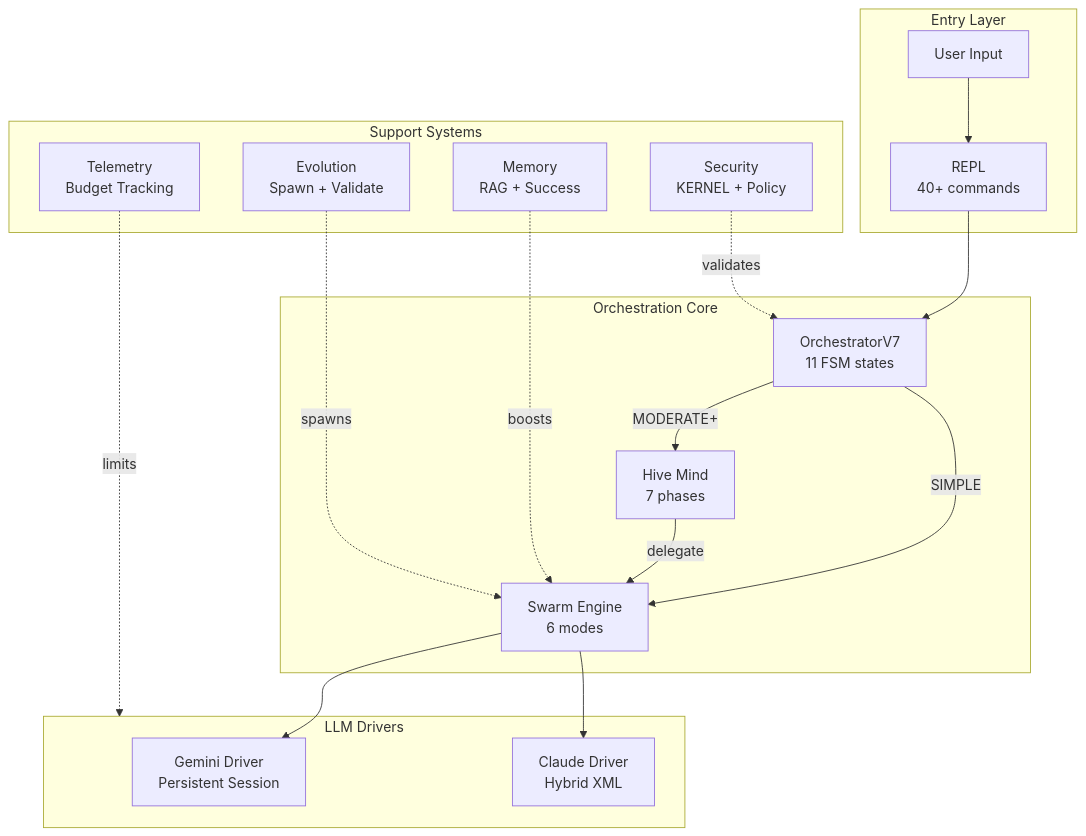
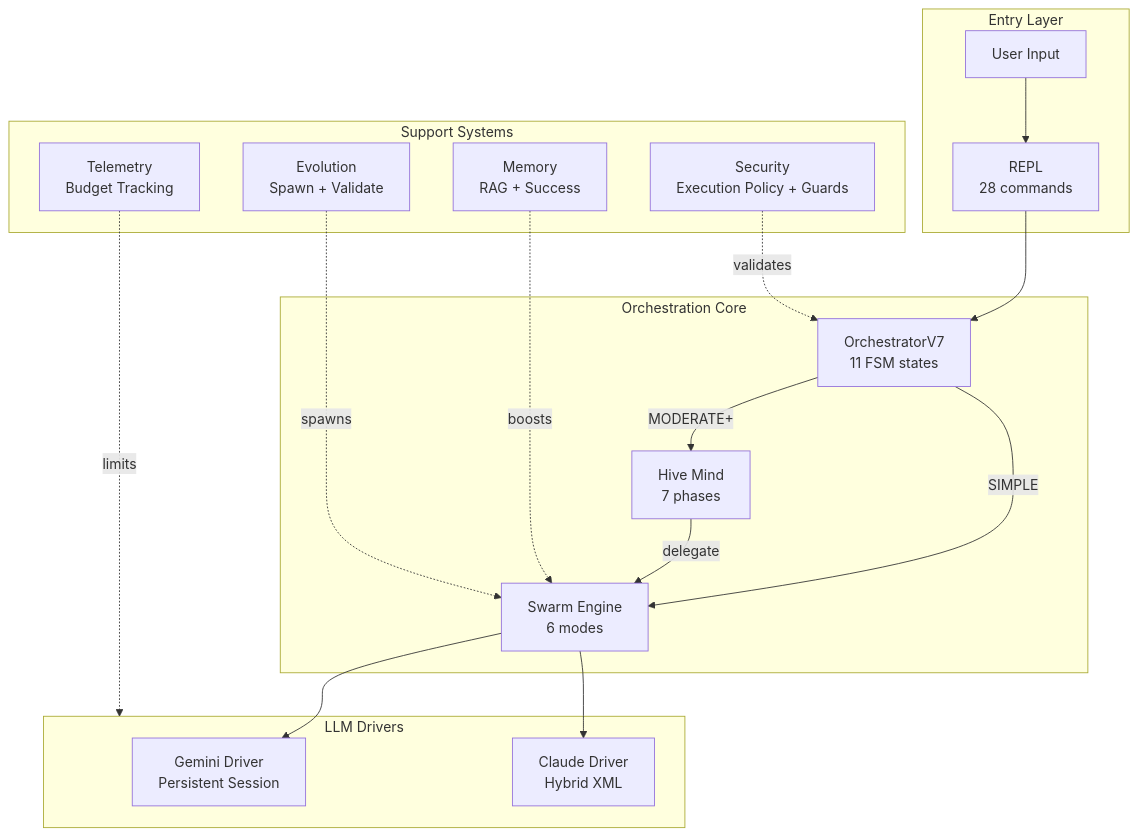
One commit to yannabadie/NEXUS changed the first of 13 diagrams in docs/ARCHITECTURE_MAP_GENERATED.md. Above: the diagram before and after it, drawn with Mermaid. The commit also changed other lines of this file and 21 other files, not shown here.

````diff
--- a/docs/ARCHITECTURE_MAP_GENERATED.md
+++ b/docs/ARCHITECTURE_MAP_GENERATED.md
@@ -36,37 +36,37 @@
 ```mermaid
 graph TD
     subgraph Entry["Entry Layer"]
         USER[User Input]
-        REPL[REPL<br/>40+ commands]
+        REPL[REPL<br/>28 commands]
     end
 
     subgraph Core["Orchestration Core"]
         ORCH[OrchestratorV7<br/>11 FSM states]
         SWARM[Swarm Engine<br/>6 modes]
         HIVE[Hive Mind<br/>7 phases]
     end
 
     subgraph LLM["LLM Drivers"]
         GEMINI[Gemini Driver<br/>Persistent Session]
         CLAUDE[Claude Driver<br/>Hybrid XML]
     end
 
     subgraph Support["Support Systems"]
         MEM[Memory<br/>RAG + Success]
-        SEC[Security<br/>KERNEL + Policy]
+        SEC[Security<br/>Execution Policy + Guards]
         EVOL[Evolution<br/>Spawn + Validate]
         TEL[Telemetry<br/>Budget Tracking]
     end
 
     USER --> REPL
     REPL --> ORCH
     ORCH -->|"MODERATE+"| HIVE
     ORCH -->|"SIMPLE"| SWARM
     HIVE -->|"delegate"| SWARM
     SWARM --> GEMINI
     SWARM --> CLAUDE
     SEC -.->|"validates"| ORCH
     MEM -.->|"boosts"| SWARM
     TEL -.->|"limits"| LLM
     EVOL -.->|"spawns"| SWARM
 ```
````
